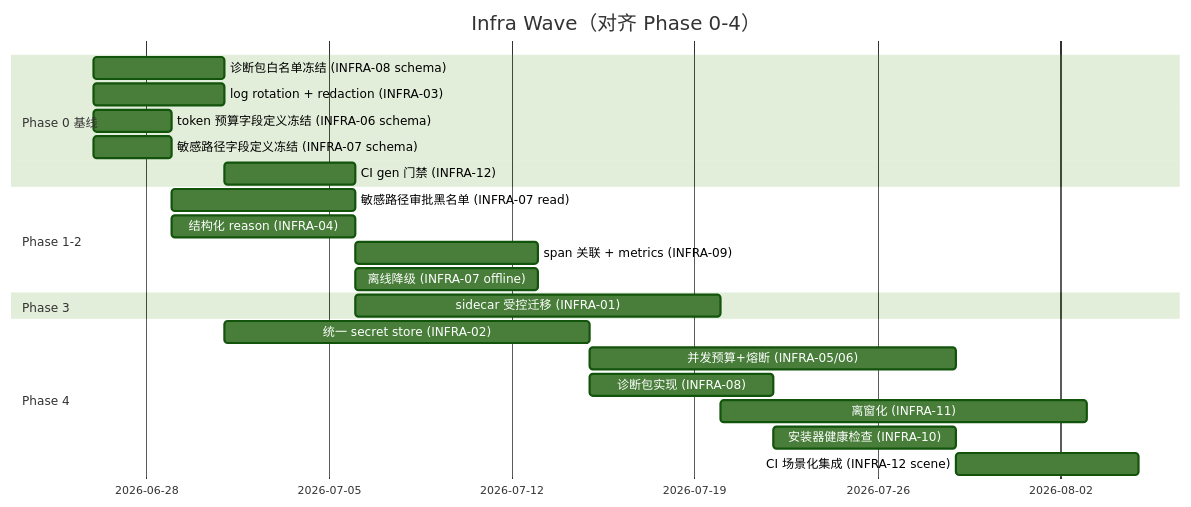
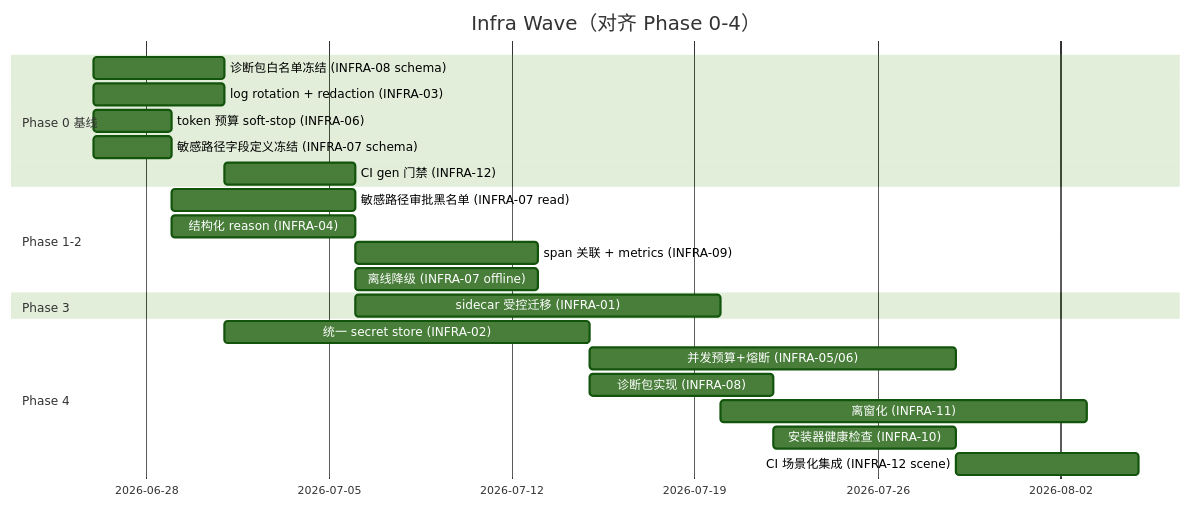
The fourth of 4 diagrams in docs/development/planning/slab-next-plan-2026-06-26/05-infra-td.md (Cyberhan123/slab.rs), drawn with Mermaid (forest theme) before and after one commit. The commit also changed other lines of this file and 41 other files, not shown here.

````diff
--- a/docs/development/planning/slab-next-plan-2026-06-26/05-infra-td.md
+++ b/docs/development/planning/slab-next-plan-2026-06-26/05-infra-td.md
@@ -383,25 +393,25 @@
 ```mermaid
 gantt
     title Infra Wave（对齐 Phase 0-4）
     dateFormat YYYY-MM-DD
     section Phase 0 基线
     诊断包白名单冻结 (INFRA-08 schema)        :p0a, 2026-06-26, 5d
     log rotation + redaction (INFRA-03)       :p0b, 2026-06-26, 5d
-    token 预算字段定义冻结 (INFRA-06 schema)  :p0c, 2026-06-26, 3d
+    token 预算 soft-stop (INFRA-06)            :p0c, 2026-06-26, 3d
     敏感路径字段定义冻结 (INFRA-07 schema)    :p0d, 2026-06-26, 3d
     CI gen 门禁 (INFRA-12)                    :p0e, after p0a, 5d
     section Phase 1-2
     敏感路径审批黑名单 (INFRA-07 read)        :p1a, after p0d, 7d
     结构化 reason (INFRA-04)                  :p2a, after p0c, 7d
     span 关联 + metrics (INFRA-09)            :p2b, after p2a, 7d
     离线降级 (INFRA-07 offline)               :p2c, after p1a, 7d
     section Phase 3
     sidecar 受控迁移 (INFRA-01)               :p3a, after p2a, 14d
     section Phase 4
     统一 secret store (INFRA-02)              :p4a, after p0a, 14d
     并发预算+熔断 (INFRA-05/06)               :p4b, after p4a, 14d
     诊断包实现 (INFRA-08)                     :p4c, after p4a, 7d
     离窗化 (INFRA-11)                         :p4d, after p3a, 14d
     安装器健康检查 (INFRA-10)                 :p4e, after p4c, 7d
     CI 场景化集成 (INFRA-12 scene)            :p4f, after p4b, 7d
 ```
````
